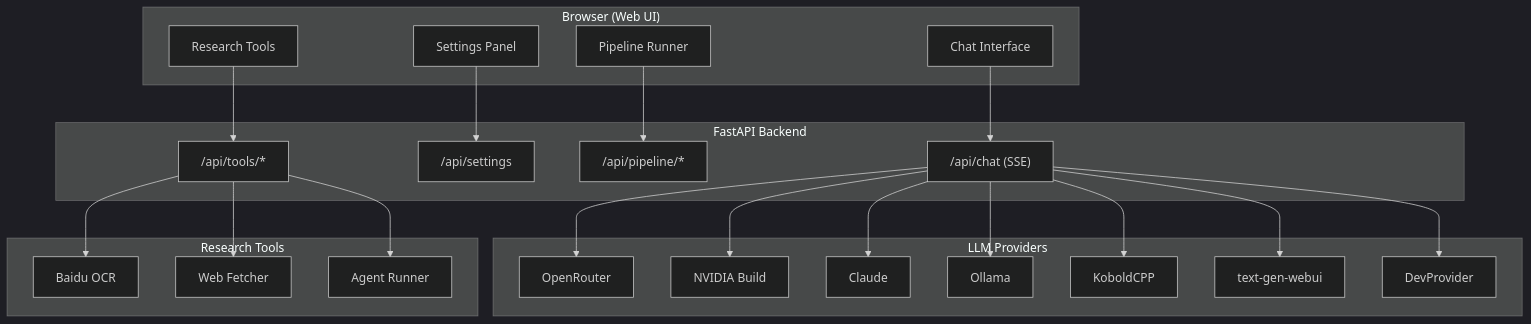
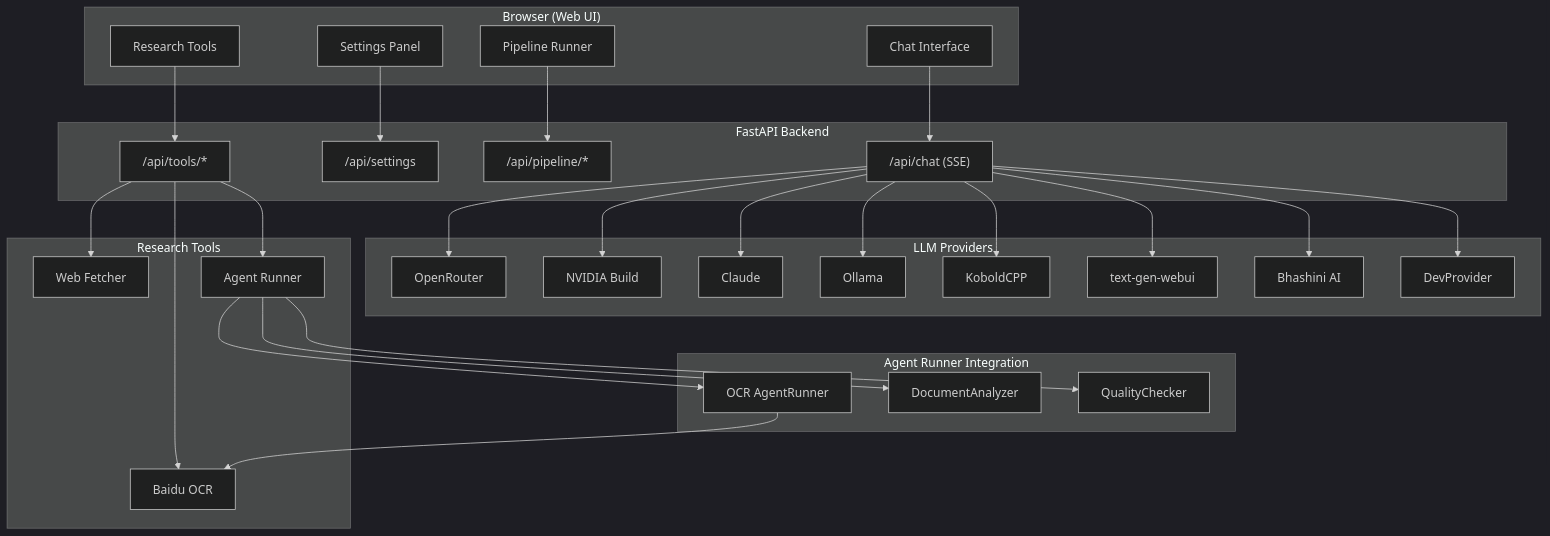
The diagram in README.md (karun99/Collabuild), drawn with Mermaid (dark theme) before and after one commit. The commit also changed other lines of this file and 4 other files, not shown here.

````diff
--- a/README.md
+++ b/README.md
@@ -17,39 +17,48 @@
 ```mermaid
 graph TB
     subgraph "Browser (Web UI)"
         UI[Chat Interface]
         SP[Settings Panel]
         PL[Pipeline Runner]
         TL[Research Tools]
     end
 
     subgraph "FastAPI Backend"
         API["/api/chat (SSE)"]
         ST["/api/settings"]
         PW["/api/pipeline/*"]
         TL_API["/api/tools/*"]
     end
 
     subgraph "LLM Providers"
         OR[OpenRouter]
         NV[NVIDIA Build]
         CL[Claude]
         OL[Ollama]
         KC[KoboldCPP]
         TG[text-gen-webui]
+        BH[Bhashini AI]
         DV[DevProvider]
     end
 
     subgraph "Research Tools"
         OCR[Baidu OCR]
         WF[Web Fetcher]
         AR[Agent Runner]
     end
 
+    subgraph "Agent Runner Integration"
+        ARA[OCR AgentRunner]
+        DAD[DocumentAnalyzer]
+        QCK[QualityChecker]
+    end
+
     UI --> API
     SP --> ST
     PL --> PW
     TL --> TL_API
-    API --> OR & NV & CL & OL & KC & TG & DV
+    API --> OR & NV & CL & OL & KC & TG & BH & DV
     TL_API --> OCR & WF & AR
+    AR --> ARA & DAD & QCK
+    ARA --> OCR
 ```
````
